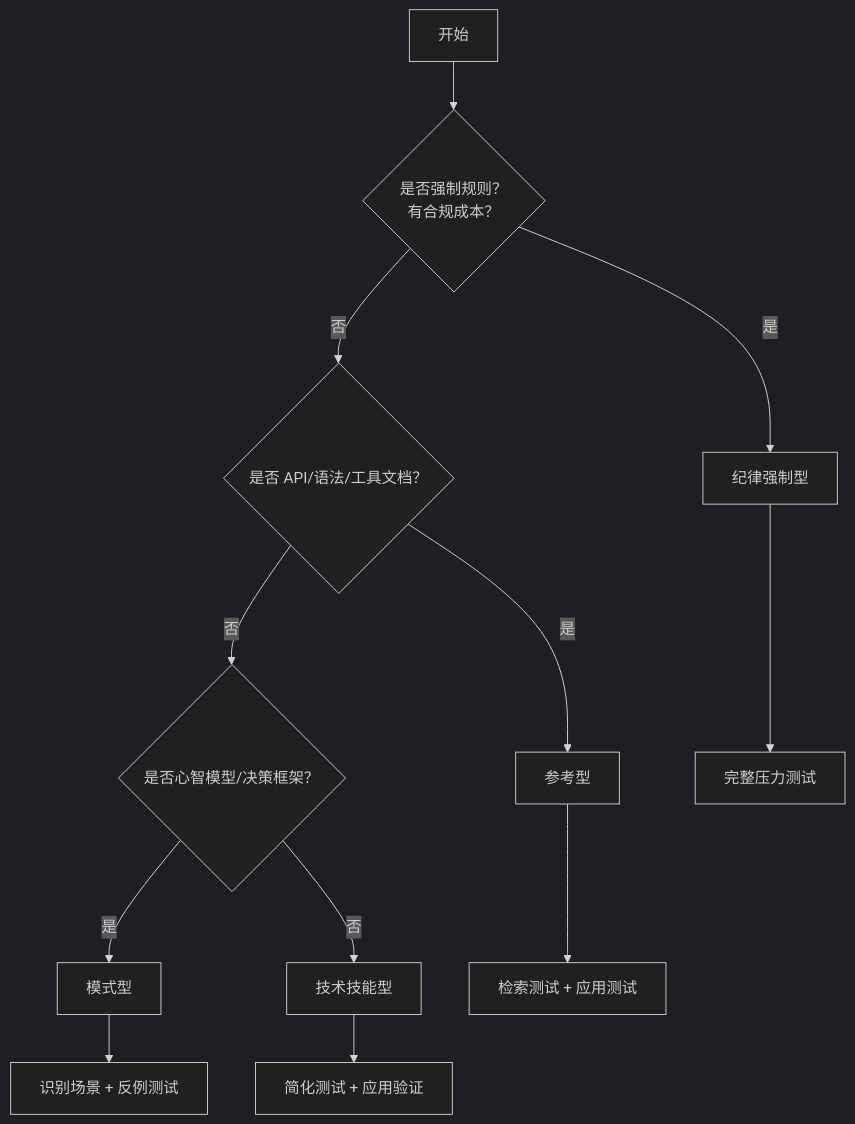
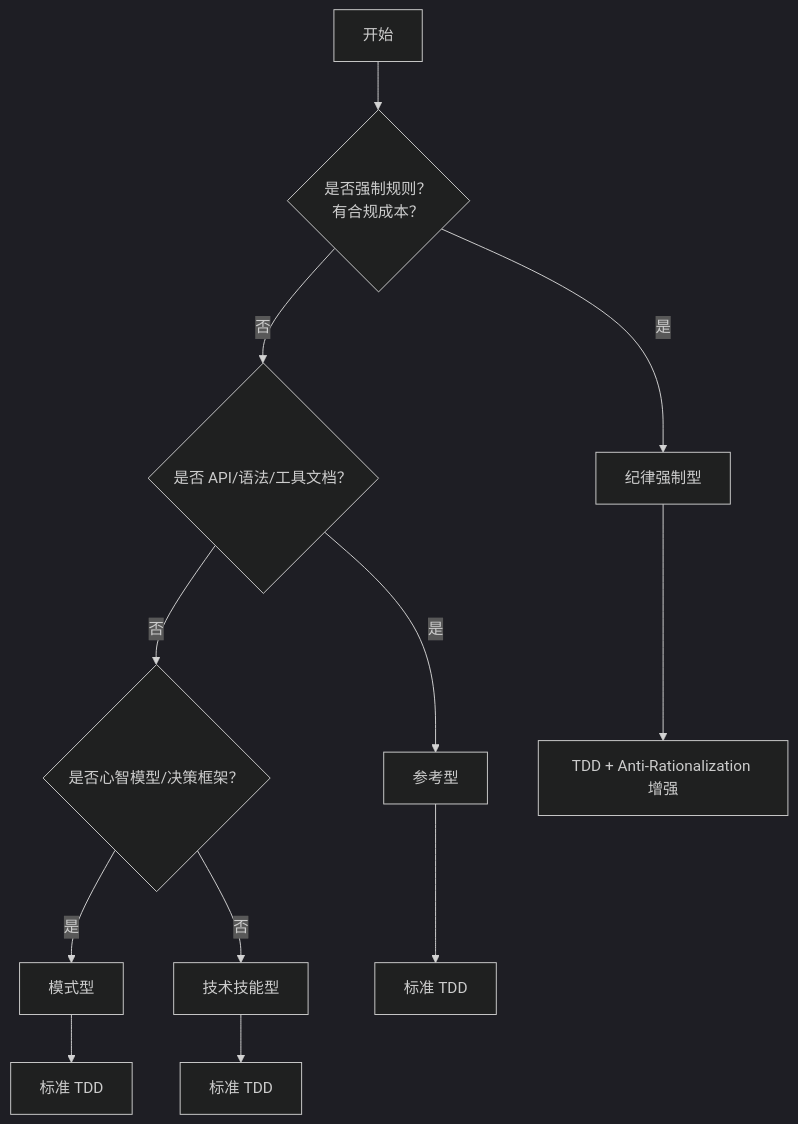
Before and after one commit to Z-JaDe/meta-skill: the second of 5 diagrams in skills/meta-skill/SKILL.md, drawn with Mermaid (dark theme). The commit also changed other lines of this file, not shown here.

First line of the commit message:
Refactor meta-skill: integrate anti-rationalization into TDD workflow

````diff
--- a/skills/meta-skill/SKILL.md
+++ b/skills/meta-skill/SKILL.md
@@ -89,14 +91,14 @@
 ```mermaid
 flowchart TD
     Start[开始] --> Q1{是否强制规则？<br/>有合规成本？}
     Q1 -->|是 | Type1[纪律强制型]
     Q1 -->|否 | Q2{是否 API/语法/工具文档？}
     Q2 -->|是 | Type4[参考型]
     Q2 -->|否 | Q3{是否心智模型/决策框架？}
     Q3 -->|是 | Type3[模式型]
     Q3 -->|否 | Type2[技术技能型]
-    Type1 --> T1[完整压力测试]
-    Type2 --> T2[简化测试 + 应用验证]
-    Type3 --> T3[识别场景 + 反例测试]
-    Type4 --> T4[检索测试 + 应用测试]
+    Type1 --> T1[TDD + Anti-Rationalization 增强]
+    Type2 --> T2[标准 TDD]
+    Type3 --> T3[标准 TDD]
+    Type4 --> T4[标准 TDD]
 ```
````
